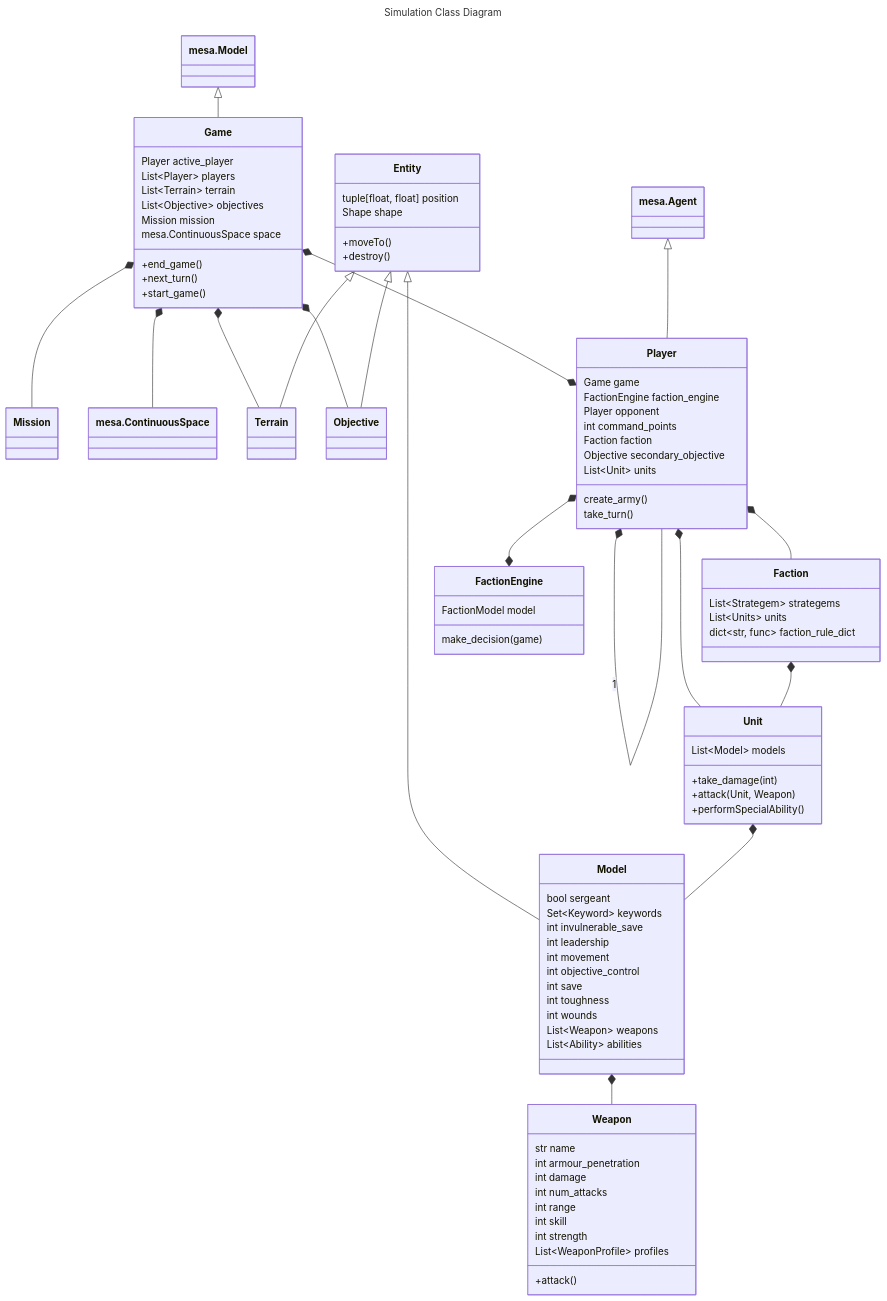
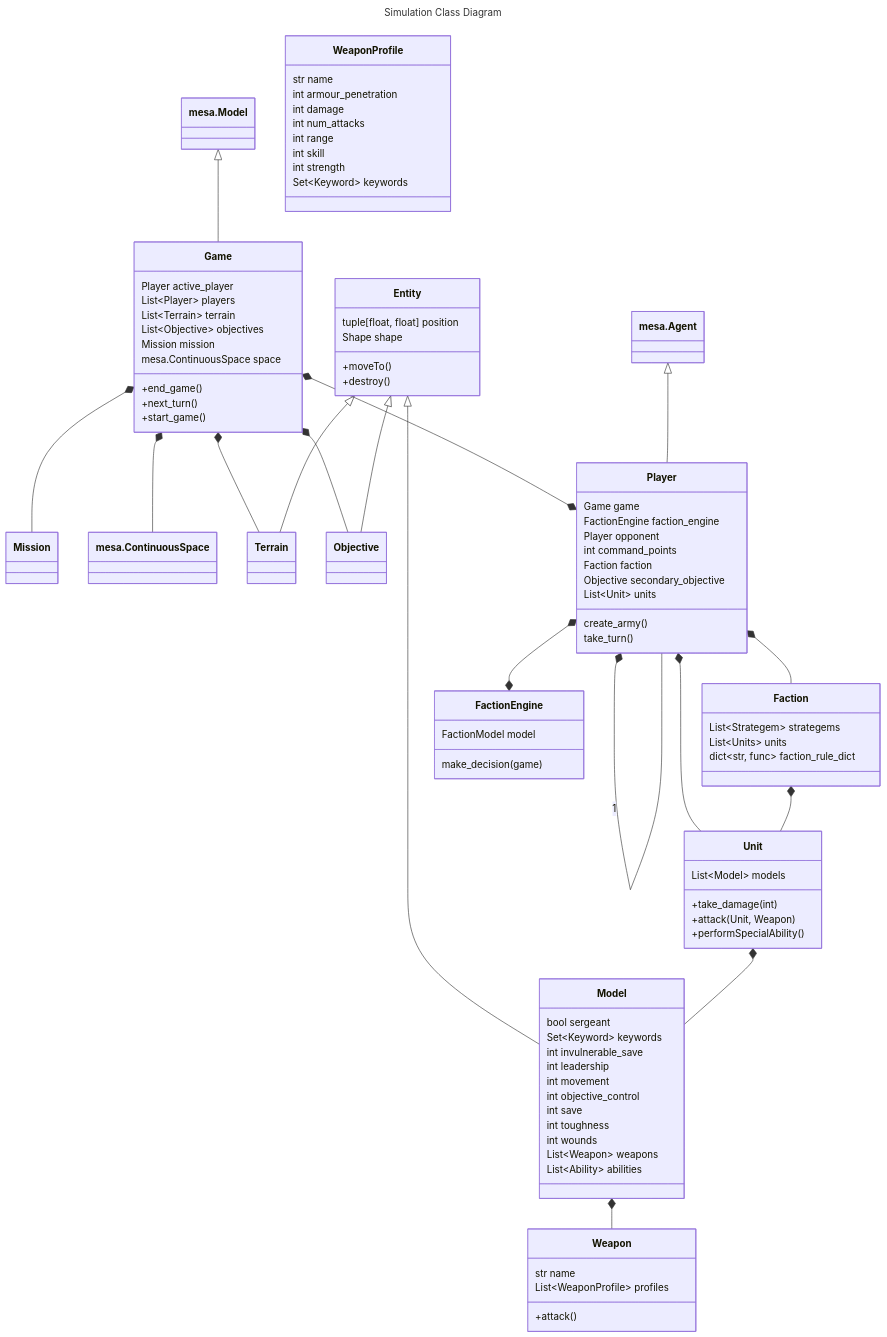
Before and after one commit to ericdrejza/omnissiah-tacticus-engine: the diagram in model/diagrams/simulation_class_diagram.md, drawn with Mermaid.

Commit message:
Update weapon profile and weapon.

````diff
--- a/model/diagrams/simulation_class_diagram.md
+++ b/model/diagrams/simulation_class_diagram.md
@@ -122,14 +122,18 @@
 
 class Weapon {
     str name
+    List~WeaponProfile~ profiles
+    +attack()
+}
+
+class WeaponProfile {
+    str name
     int armour_penetration
     int damage
     int num_attacks
     int range
     int skill
     int strength
-    List~WeaponProfile~ profiles
-
-    +attack()
+    Set~Keyword~ keywords
 }
 ```
````
